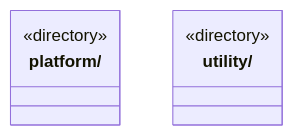
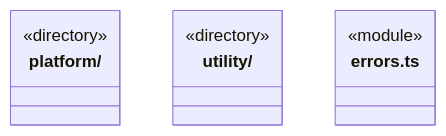
One commit to nan023062/cbim changed the first of 2 diagrams in src/core/ARCHITECTURE.md. Above: the diagram before and after it, drawn with Mermaid. The commit also changed other lines of this file and 161 other files, not shown here.

````diff
--- a/src/core/ARCHITECTURE.md
+++ b/src/core/ARCHITECTURE.md
@@ -15,9 +17,12 @@
 ```mermaid
 classDiagram
 class N_src_core_platform["platform/"] {
   <<directory>>
 }
 class N_src_core_utility["utility/"] {
   <<directory>>
 }
+class N_src_core_errors_ts["errors.ts"] {
+  <<module>>
+}
 ```
````
